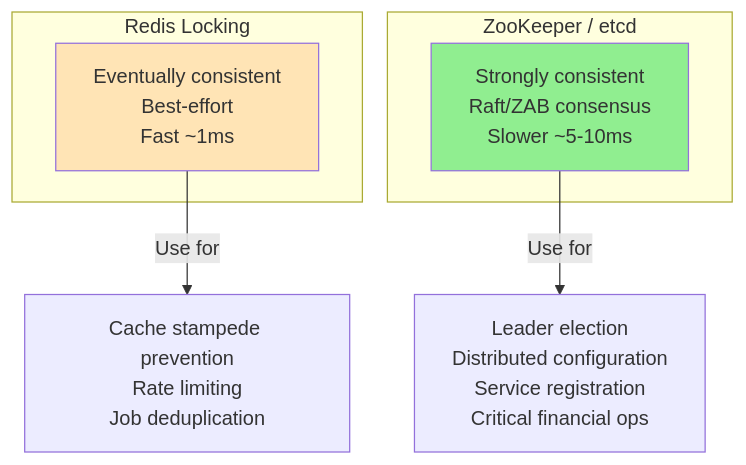
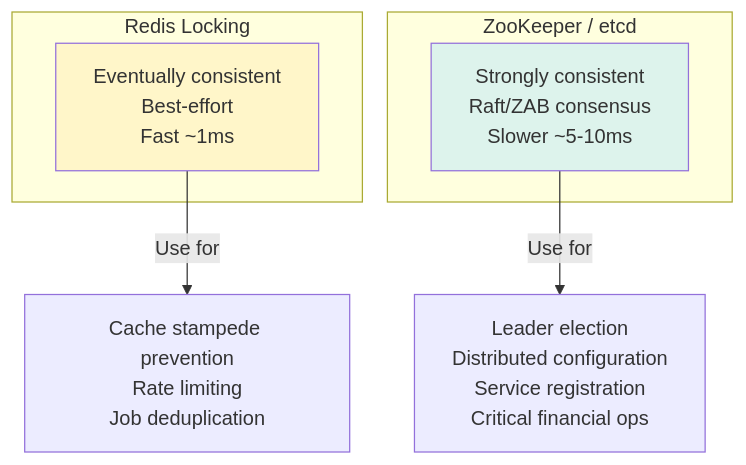
The eighth of 13 diagrams in LLD/CoreConcepts/DistributedLocking.md (cartmancodes/InterviewVault), drawn with Mermaid before and after one commit. The commit also changed other lines of this file and 679 other files, not shown here.

Commit message:
Unify content diagrams and add accessible visual walkthroughs

````diff
--- a/LLD/CoreConcepts/DistributedLocking.md
+++ b/LLD/CoreConcepts/DistributedLocking.md
@@ -381,16 +381,16 @@
 ```mermaid
 graph TB
     subgraph "Redis Locking"
         R[Eventually consistent<br/>Best-effort<br/>Fast ~1ms]
     end
 
     subgraph "ZooKeeper / etcd"
         Z[Strongly consistent<br/>Raft/ZAB consensus<br/>Slower ~5-10ms]
     end
 
     R -->|Use for| RU[Cache stampede prevention<br/>Rate limiting<br/>Job deduplication]
     Z -->|Use for| ZU[Leader election<br/>Distributed configuration<br/>Service registration<br/>Critical financial ops]
 
-    style R fill:#FFE4B5
-    style Z fill:#90EE90
+    style R fill:#FFF6C9
+    style Z fill:#DDF3EC
 ```
````
